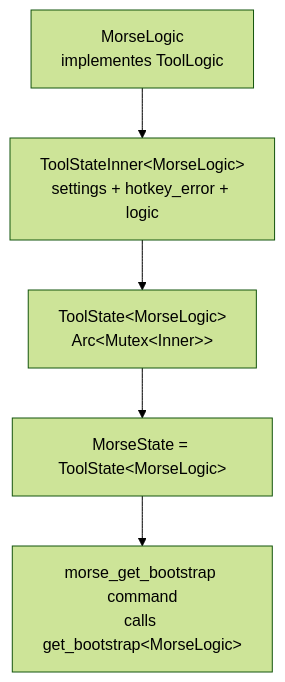
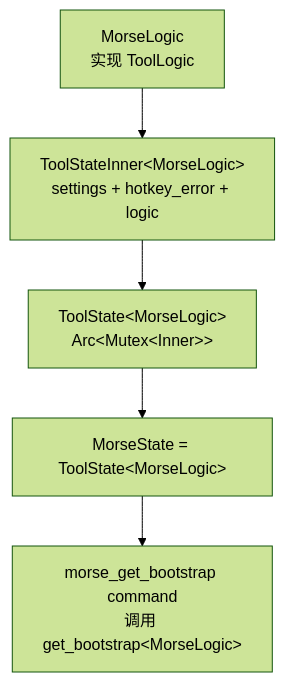
Before and after one commit to IZRINO/delta-auto-tools: the diagram in droid-wiki/systems/tool-base.md, drawn with Mermaid (forest theme). The commit also changed other lines of this file and 36 other files, not shown here.

````diff
--- a/droid-wiki/systems/tool-base.md
+++ b/droid-wiki/systems/tool-base.md
@@ -18,7 +24,7 @@
 ```mermaid
 graph TD
-    Logic["MorseLogic<br/>implementes ToolLogic"] --> Inner["ToolStateInner&lt;MorseLogic&gt;<br/>settings + hotkey_error + logic"]
+    Logic["MorseLogic<br/>实现 ToolLogic"] --> Inner["ToolStateInner&lt;MorseLogic&gt;<br/>settings + hotkey_error + logic"]
     Inner --> State["ToolState&lt;MorseLogic&gt;<br/>Arc&lt;Mutex&lt;Inner&gt;&gt;"]
     State --> Alias["MorseState = ToolState&lt;MorseLogic&gt;"]
-    Alias --> Cmd["morse_get_bootstrap command<br/>calls get_bootstrap&lt;MorseLogic&gt;"]
+    Alias --> Cmd["morse_get_bootstrap command<br/>调用 get_bootstrap&lt;MorseLogic&gt;"]
 ```
````
